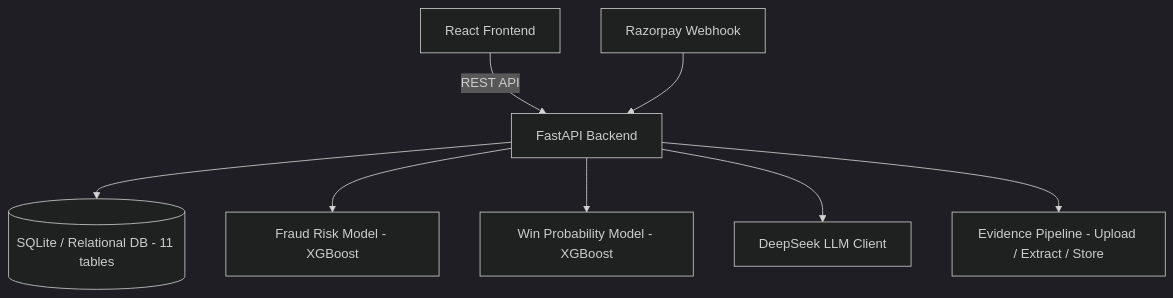
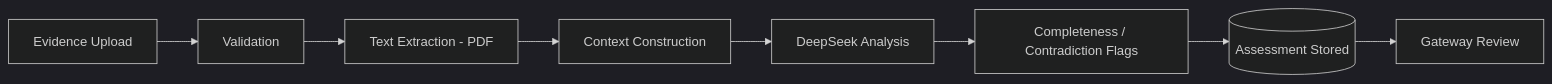
The second of 3 diagrams in Readme.md (Jaganbhasker1122/razorpay-ai-risk-manager), drawn with Mermaid (dark theme) before and after one commit. The commit also changed other lines of this file, not shown here.

````diff
--- a/Readme.md
+++ b/Readme.md
@@ -192,10 +267,10 @@
 ```mermaid
-flowchart TD
-    A[React Frontend] -->|REST API| B[FastAPI Backend]
-    B --> C[(SQLite / Relational DB - 11 tables)]
-    B --> D[Fraud Risk Model - XGBoost]
-    B --> E[Win Probability Model - XGBoost]
-    B --> F[DeepSeek LLM Client]
-    B --> G[Evidence Pipeline - Upload / Extract / Store]
-    H[Razorpay Webhook] --> B
+flowchart LR
+    A[Evidence Upload] --> B[Validation]
+    B --> C[Text Extraction - PDF]
+    C --> D[Context Construction]
+    D --> E[DeepSeek Analysis]
+    E --> F[Completeness / Contradiction Flags]
+    F --> G[(Assessment Stored)]
+    G --> H[Gateway Review]
 ```
````
